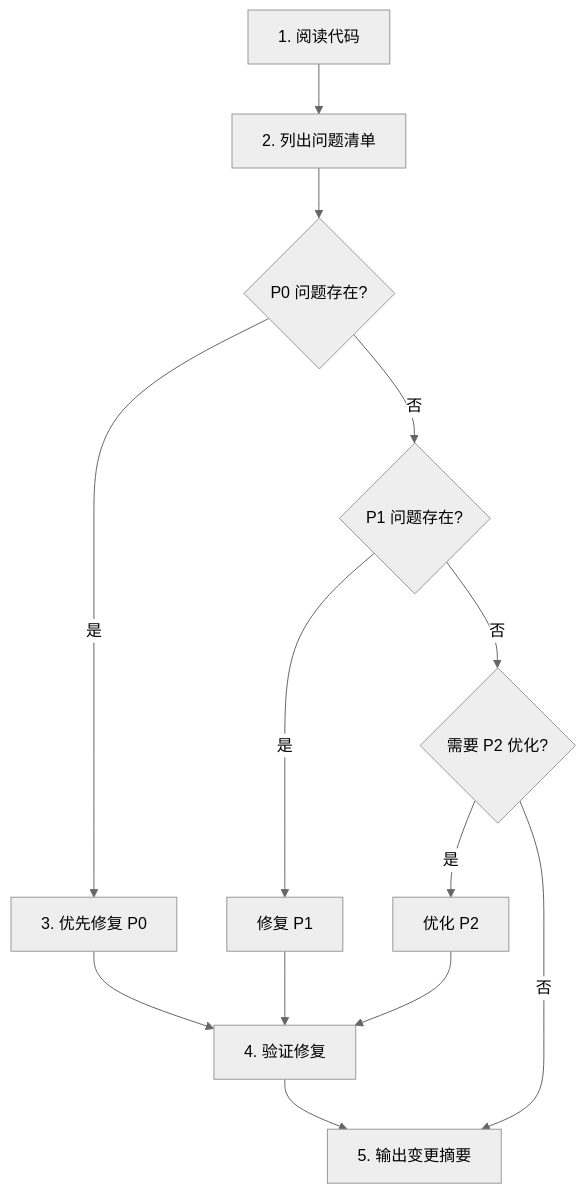
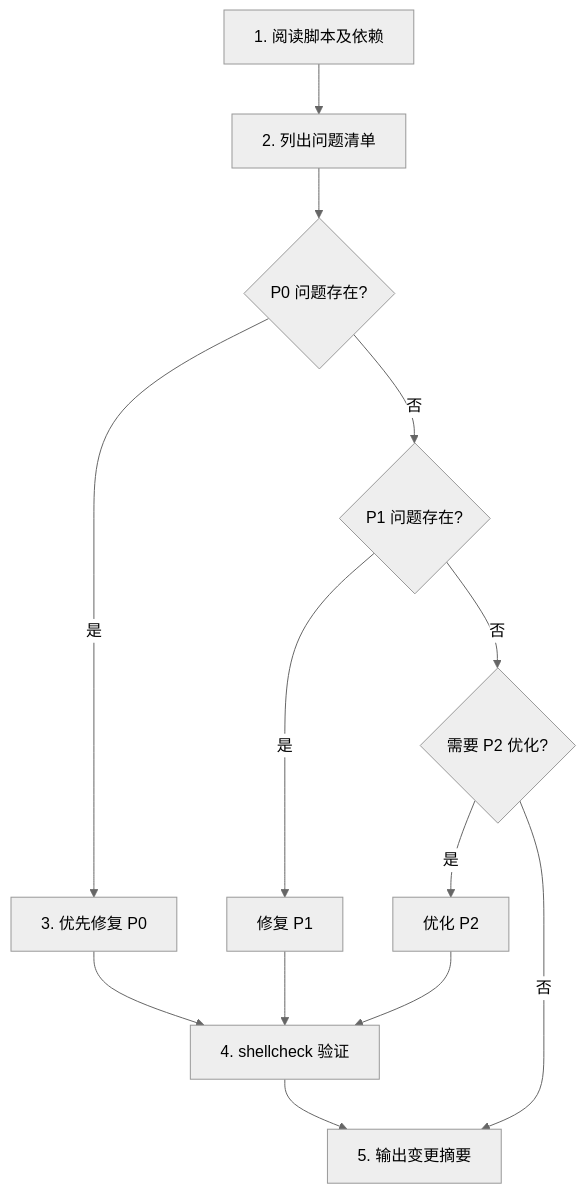
Before and after one commit to jianzhnie/EasyInfer: the diagram in Prompt.md, drawn with Mermaid (neutral theme). The commit also changed other lines of this file and 1 other file, not shown here.

````diff
--- a/Prompt.md
+++ b/Prompt.md
@@ -27,15 +38,15 @@
 ```mermaid
 flowchart TD
-    A[1. 阅读代码] --> B[2. 列出问题清单]
+    A[1. 阅读脚本及依赖] --> B[2. 列出问题清单]
     B --> C{P0 问题存在?}
     C -->|是| D[3. 优先修复 P0]
     C -->|否| E{P1 问题存在?}
-    D --> F[4. 验证修复]
+    D --> F[4. shellcheck 验证]
     E -->|是| G[修复 P1]
     E -->|否| H{需要 P2 优化?}
     G --> F
     H -->|是| I[优化 P2]
     H -->|否| J[5. 输出变更摘要]
     I --> F
     F --> J
 ```
````
